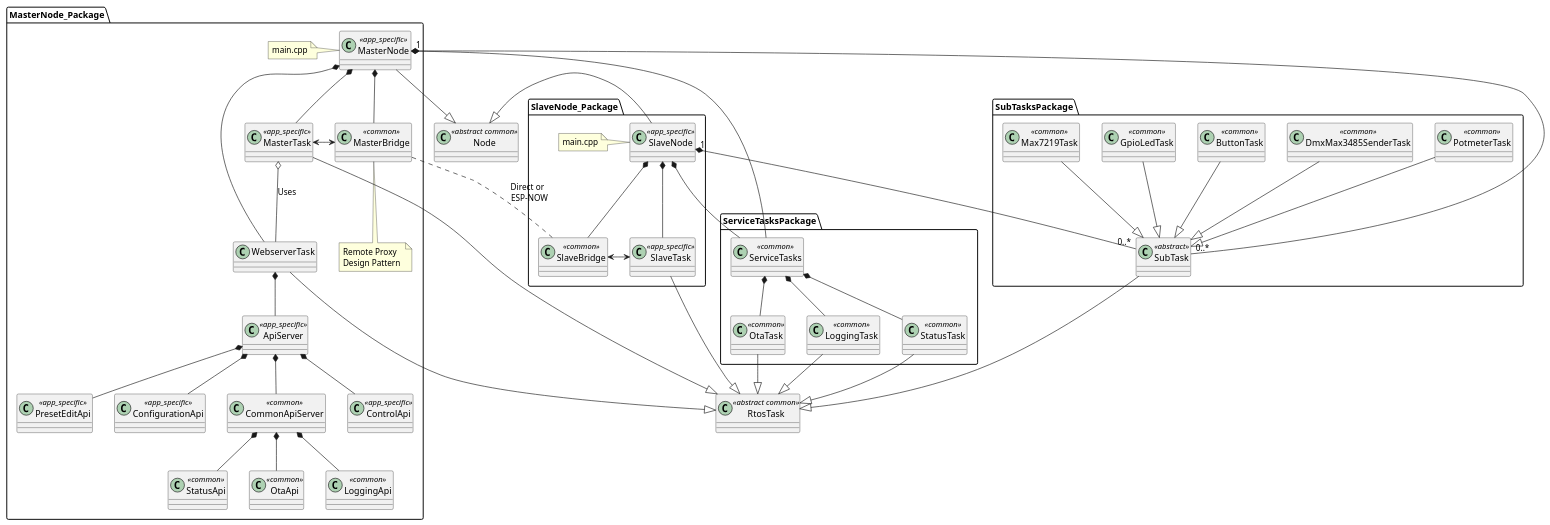
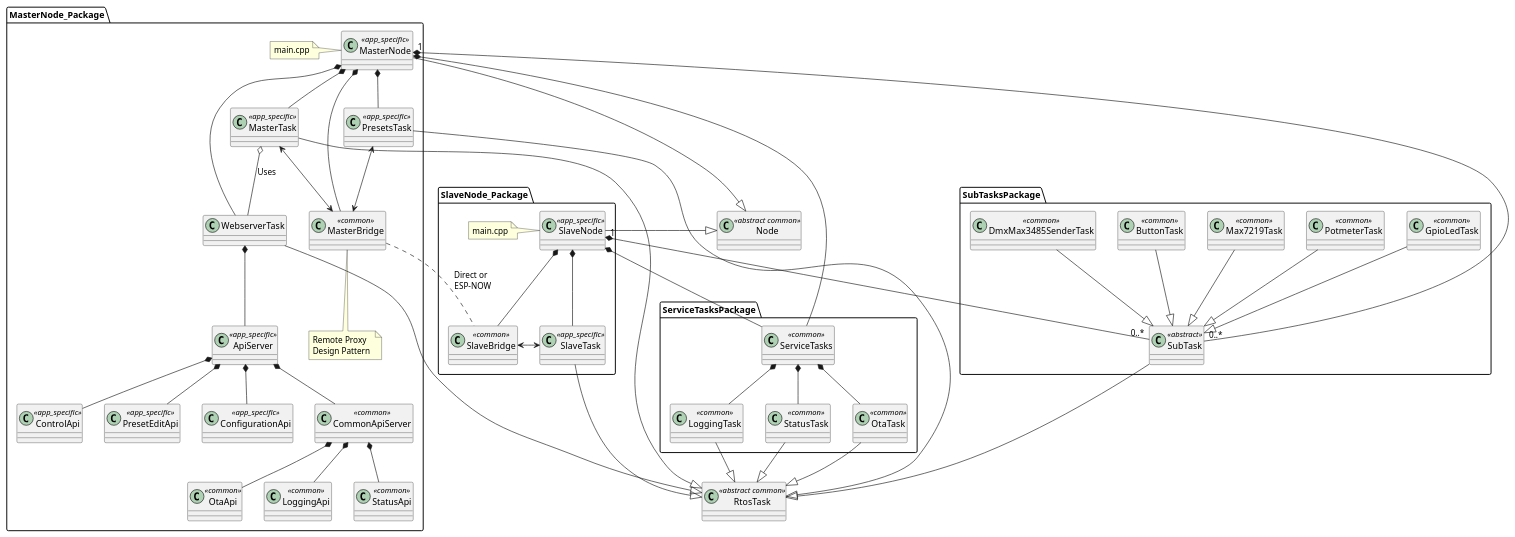
Before and after one commit to michelkeijzers/Esp32Framework2: the first of 2 diagrams in docs/design/overview.puml, drawn with PlantUML. The commit also changed 10 other files, not shown here.

Commit message:
Rtos task parameters

```diff
--- a/docs/design/overview.puml
+++ b/docs/design/overview.puml
@@ -1,121 +1,125 @@
 @startuml 
-
 
 class Node<<abstract common>> {}
 class RtosTask<<abstract common>> {}
 
 'Master Node 
 package MasterNode_Package 
 {
     class MasterNode <<app_specific>> {}
     note left of MasterNode
         main.cpp
     end note
 
     MasterNode -|> Node
 
     class MasterBridge <<common>> {}
     MasterNode *-- MasterBridge
 
     note bottom of MasterBridge
         Remote Proxy
         Design Pattern 
     end note
 
     class MasterTask <<app_specific>>{}
     MasterTask --|> RtosTask
 
     MasterNode *-- MasterTask
 
     WebserverTask --|> RtosTask 
     MasterNode *-- WebserverTask
 
     MasterTask o-- WebserverTask : Uses
+
+    class PresetsTask <<app_specific>> {}
+    PresetsTask --|> RtosTask
+    MasterNode *-- PresetsTask
+    PresetsTask <--> MasterBridge  
 
     class ApiServer <<app_specific>> {}
     WebserverTask *-- ApiServer
 
     class ControlApi <<app_specific>> {}
     ApiServer *-- ControlApi
     class PresetEditApi <<app_specific>> {}
     ApiServer *-- PresetEditApi
     class ConfigurationApi <<app_specific>> {}
     ApiServer *-- ConfigurationApi
 
     class CommonApiServer <<common>> {}
     ApiServer *-- CommonApiServer
     class StatusApi <<common>> {}
     CommonApiServer *-- StatusApi
     class OtaApi <<common>> {}
     CommonApiServer *-- OtaApi
     class LoggingApi <<common>> {}
     CommonApiServer *-- LoggingApi
 
 }
 
 
 'Slave Node
 package SlaveNode_Package
 {
     class SlaveNode <<app_specific>> {}
     note left of SlaveNode
         main.cpp
     end note
 
     SlaveNode -|> Node
     class SlaveBridge <<common>> {}
     SlaveNode *-- SlaveBridge
 
     ' Slave Task
     class SlaveTask <<app_specific>>{}
     SlaveTask --|> RtosTask
     SlaveNode *-- SlaveTask
 }
 
 MasterBridge .. SlaveBridge : Direct or \n ESP-NOW
 
 package ServiceTasksPackage 
 {
     class ServiceTasks <<common>> {}
     
     class LoggingTask <<common>> {}
     LoggingTask --|> RtosTask
     class StatusTask <<common>> {}
     StatusTask --|> RtosTask
     class OtaTask <<common>> {}
     OtaTask --|> RtosTask
 
     ServiceTasks *-- LoggingTask
     ServiceTasks *-- StatusTask
     ServiceTasks *-- OtaTask
 }
 
 
 package SubTasksPackage
 {
     class SubTask<<abstract>> {}
 
     SubTask --|> RtosTask
     class ButtonTask <<common>> {}
     class GpioLedTask <<common>> {}
     class Max7219Task <<common>> {}
     class PotmeterTask <<common>> {}
     class DmxMax3485SenderTask <<common>> {}
 
     ButtonTask --|> SubTask
     GpioLedTask --|> SubTask
     Max7219Task --|> SubTask
     PotmeterTask --|> SubTask
     DmxMax3485SenderTask --|> SubTask
 }
 
 MasterNode "1" *-- "0..*" SubTask
 SlaveNode  "1" *-- "0..*" SubTask
 MasterTask <-> MasterBridge
 
 MasterNode *-- ServiceTasks
 SlaveNode *-- ServiceTasks
 SlaveTask <-> SlaveBridge
 
 
 @enduml
```
